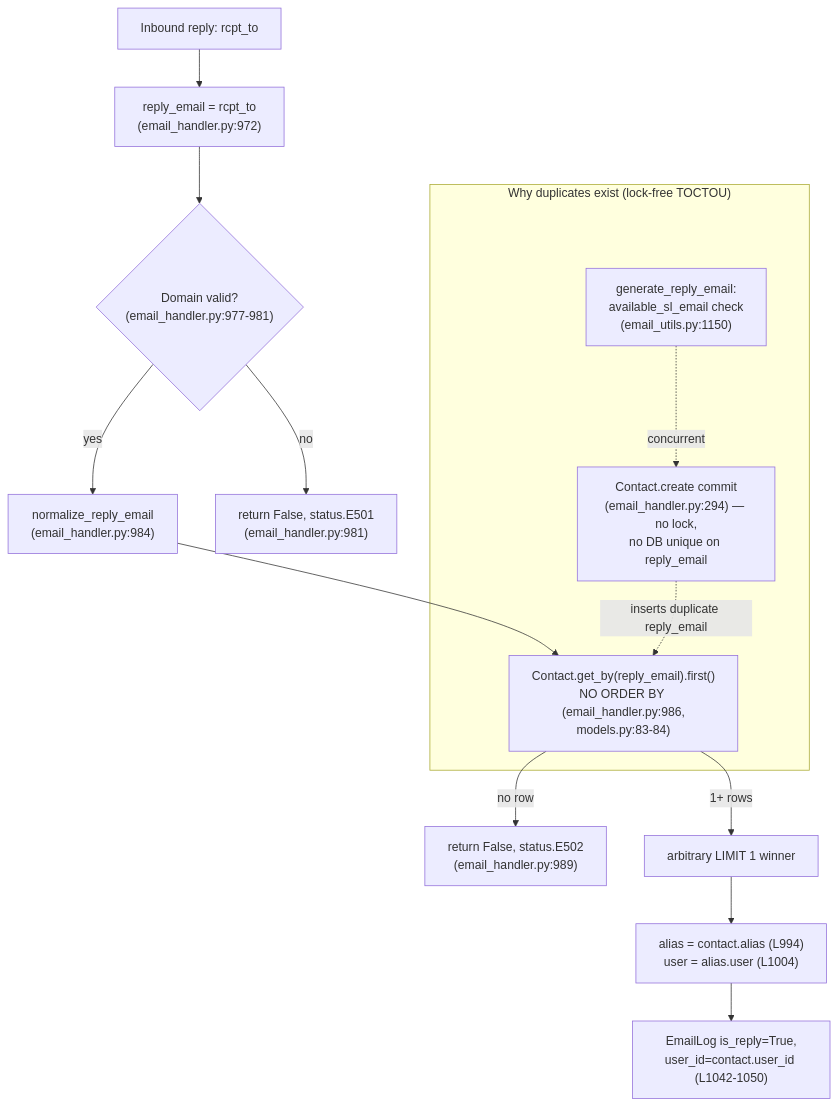
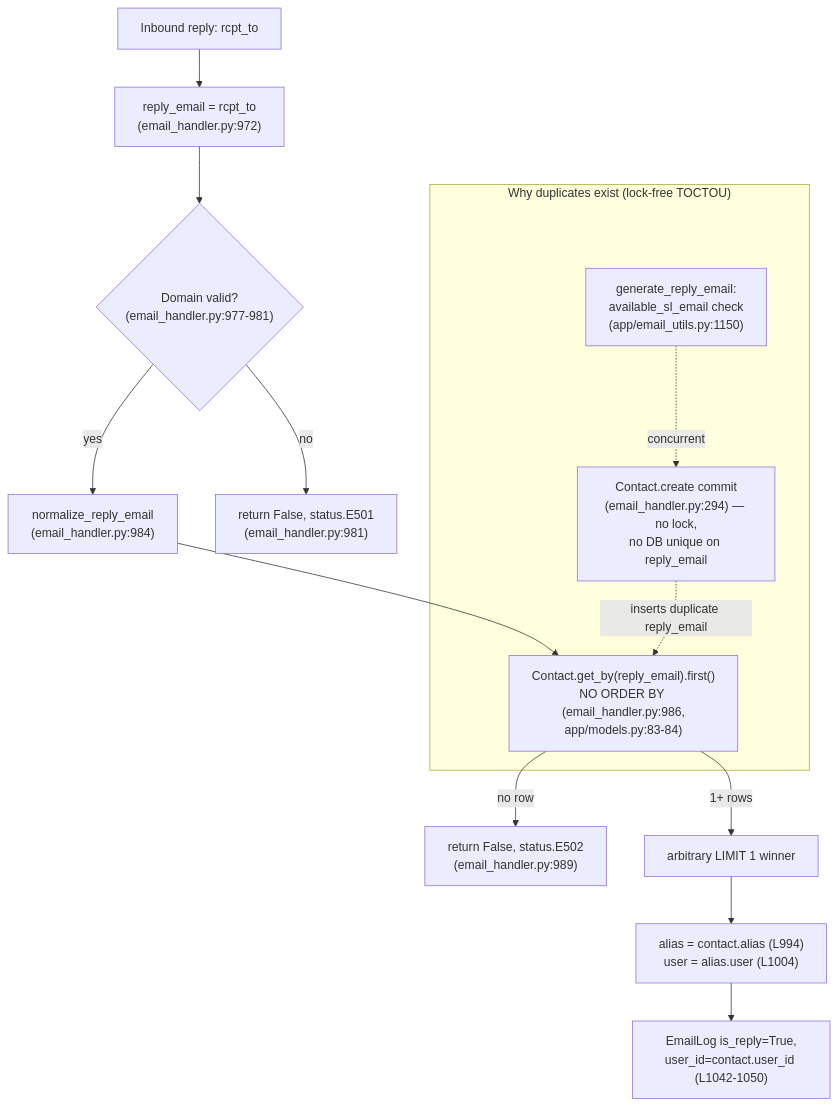
Before and after one commit to blitzy-research/app: the diagram in blitzy/documentation/app_2cd6ee777f8c.md, drawn with Mermaid. The commit also changed other lines of this file, not shown here.

Commit message:
docs: fix citation grounding in reply-routing investigation
Address code review findings (all LOW) in
blitzy/documentation/app_2cd6ee777f8c.md:

- F1 (L261): correct Mermaid citation models.py:83-84 -> app/models.py:83-84
- F2 (L267): correct Mermaid citation email_utils.py:1150 -> app/email_utils.py:1150
- F3 (L549): ground the single-primary/no-read-replica claim as an
  application-code inference citing app/db.py:9-14 and app/config.py:192,
  and explicitly flag that physical deployment topology was not
  independently verified (Rule R5 exact-grounding)
- Editorial: align heading 'Method & scope (read-first)' -> '(run-first)'
  with the documented run-first methodology (reviewer Areas-of-Concern #3)

Documentation-only; no SimpleLogin source/config/schema/test modified.
Every file:line citation now resolves exactly (54/54 verified).

````diff
--- a/blitzy/documentation/app_2cd6ee777f8c.md
+++ b/blitzy/documentation/app_2cd6ee777f8c.md
@@ -255,18 +255,18 @@
 ```mermaid
 flowchart TD
     A["Inbound reply: rcpt_to"] --> B["reply_email = rcpt_to<br/>(email_handler.py:972)"]
     B --> C{"Domain valid?<br/>(email_handler.py:977-981)"}
     C -- "no" --> E501["return False, status.E501<br/>(email_handler.py:981)"]
     C -- "yes" --> D["normalize_reply_email<br/>(email_handler.py:984)"]
-    D --> F["Contact.get_by(reply_email).first()<br/>NO ORDER BY (email_handler.py:986,<br/>models.py:83-84)"]
+    D --> F["Contact.get_by(reply_email).first()<br/>NO ORDER BY (email_handler.py:986,<br/>app/models.py:83-84)"]
     F -- "no row" --> E502["return False, status.E502<br/>(email_handler.py:989)"]
     F -- "1+ rows" --> G["arbitrary LIMIT 1 winner"]
     G --> H["alias = contact.alias (L994)<br/>user = alias.user (L1004)"]
     H --> I["EmailLog is_reply=True,<br/>user_id=contact.user_id (L1042-1050)"]
     subgraph RACE["Why duplicates exist (lock-free TOCTOU)"]
-      R1["generate_reply_email:<br/>available_sl_email check<br/>(email_utils.py:1150)"]
+      R1["generate_reply_email:<br/>available_sl_email check<br/>(app/email_utils.py:1150)"]
       R2["Contact.create commit<br/>(email_handler.py:294) — no lock,<br/>no DB unique on reply_email"]
       R1 -. "concurrent" .-> R2
       R2 -. "inserts duplicate reply_email" .-> F
     end
 ```
````
